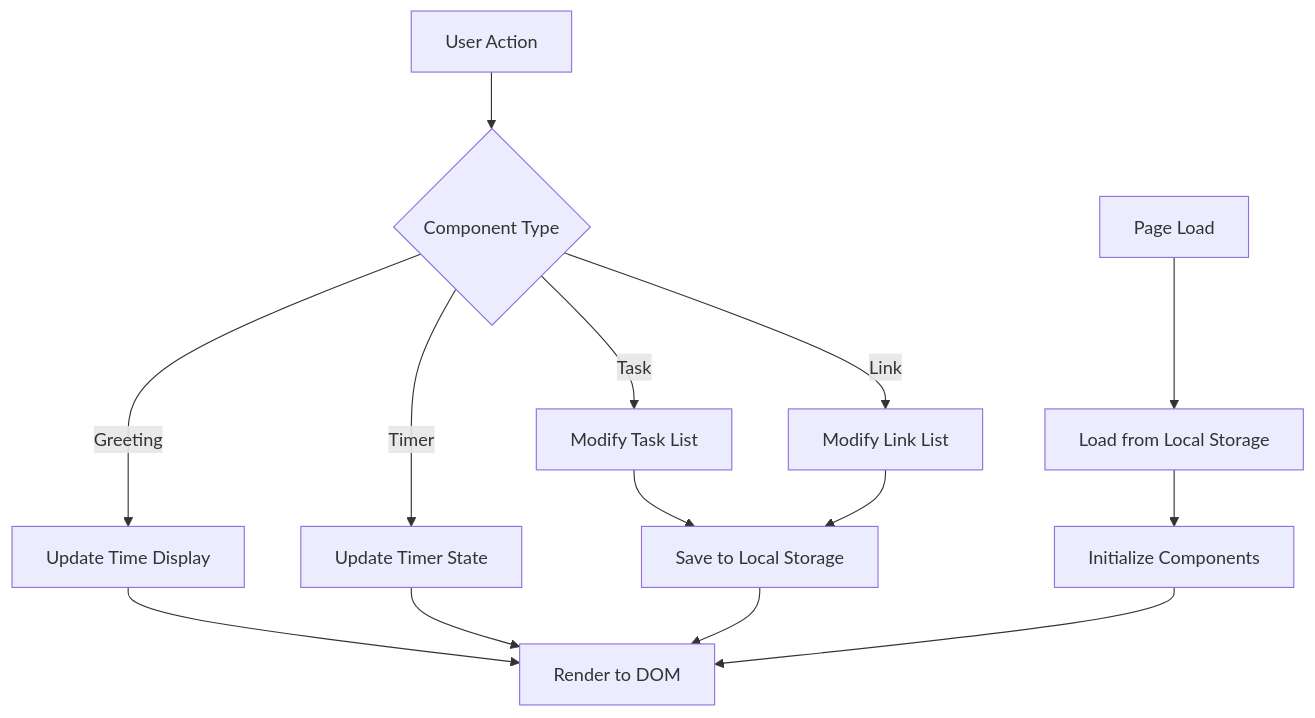
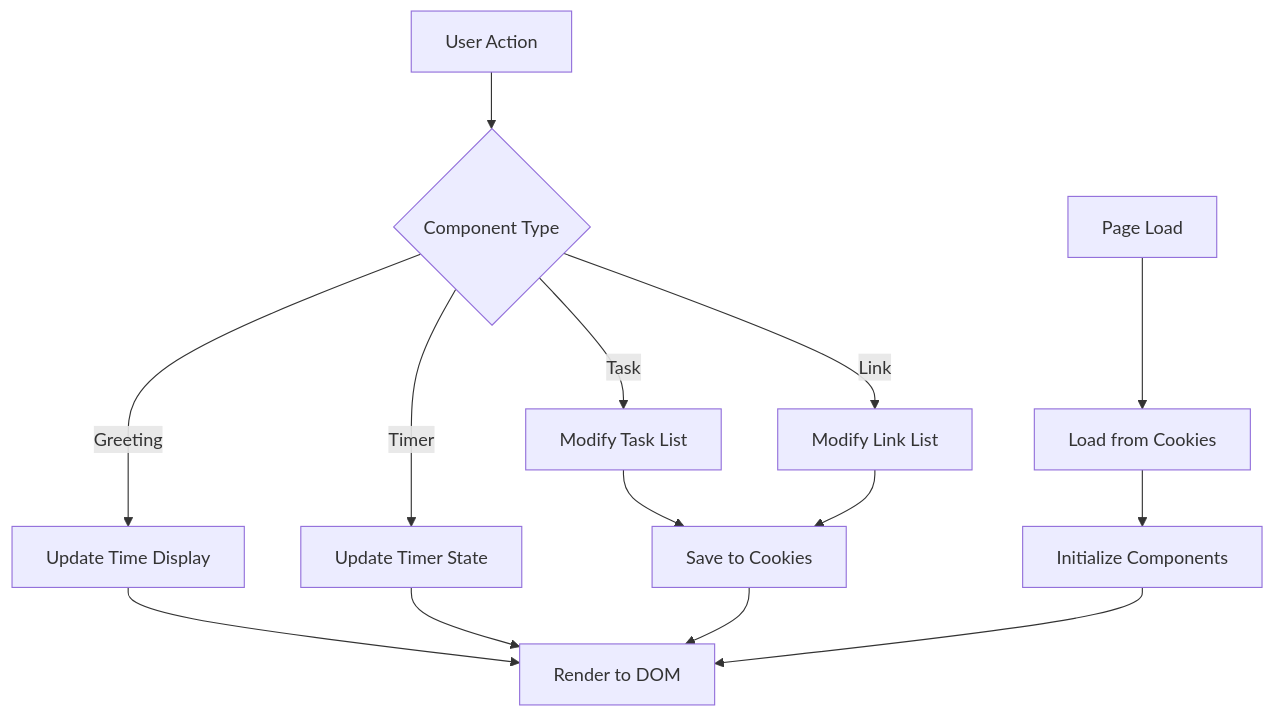
One commit to asrifaradilla21/CodingCamp-9Mar26-asrifaradilla changed the diagram in .kiro/specs/productivity-dashboard/design.md. Above: the diagram before and after it, drawn with Mermaid. The commit also changed other lines of this file and 23 other files, not shown here.

First line of the commit message:
feat(productivity-dashboard): Migrate storage from Local Storage to browser cookies

````diff
--- a/.kiro/specs/productivity-dashboard/design.md
+++ b/.kiro/specs/productivity-dashboard/design.md
@@ -47,18 +47,18 @@
 ```mermaid
 graph TD
     A[User Action] --> B{Component Type}
     B -->|Greeting| C[Update Time Display]
     B -->|Timer| D[Update Timer State]
     B -->|Task| E[Modify Task List]
     B -->|Link| F[Modify Link List]
     
     C --> G[Render to DOM]
     D --> G
-    E --> H[Save to Local Storage]
+    E --> H[Save to Cookies]
     F --> H
     H --> G
     
-    I[Page Load] --> J[Load from Local Storage]
+    I[Page Load] --> J[Load from Cookies]
     J --> K[Initialize Components]
     K --> G
 ```
````
